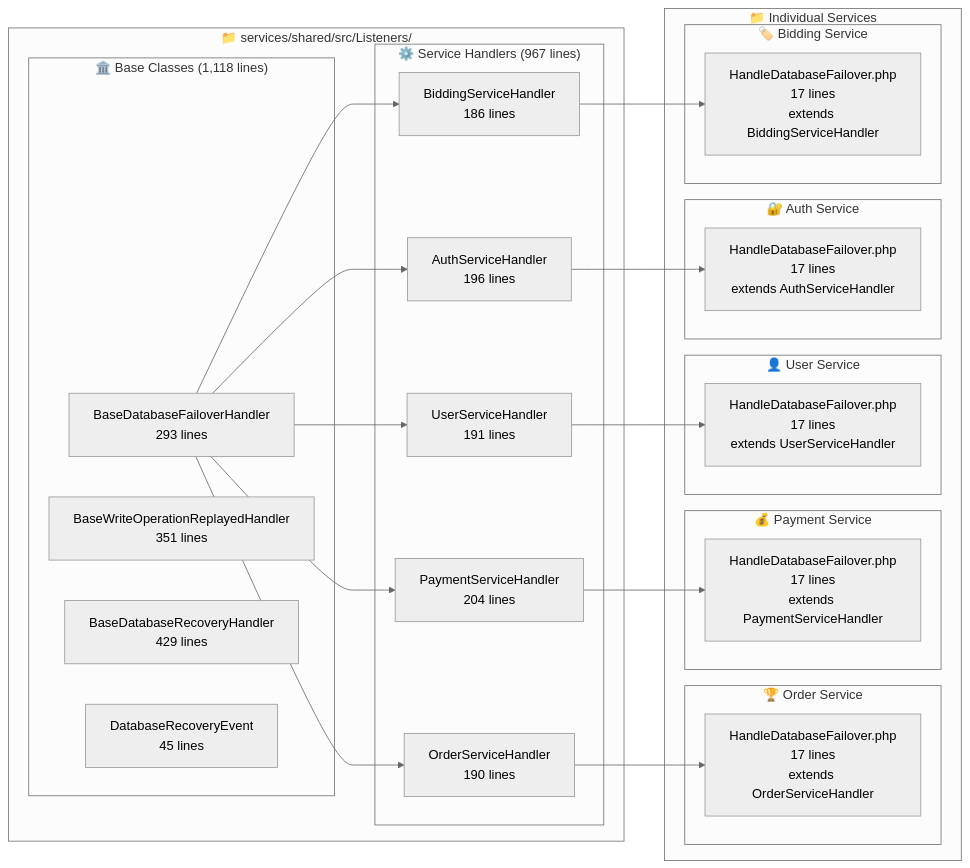
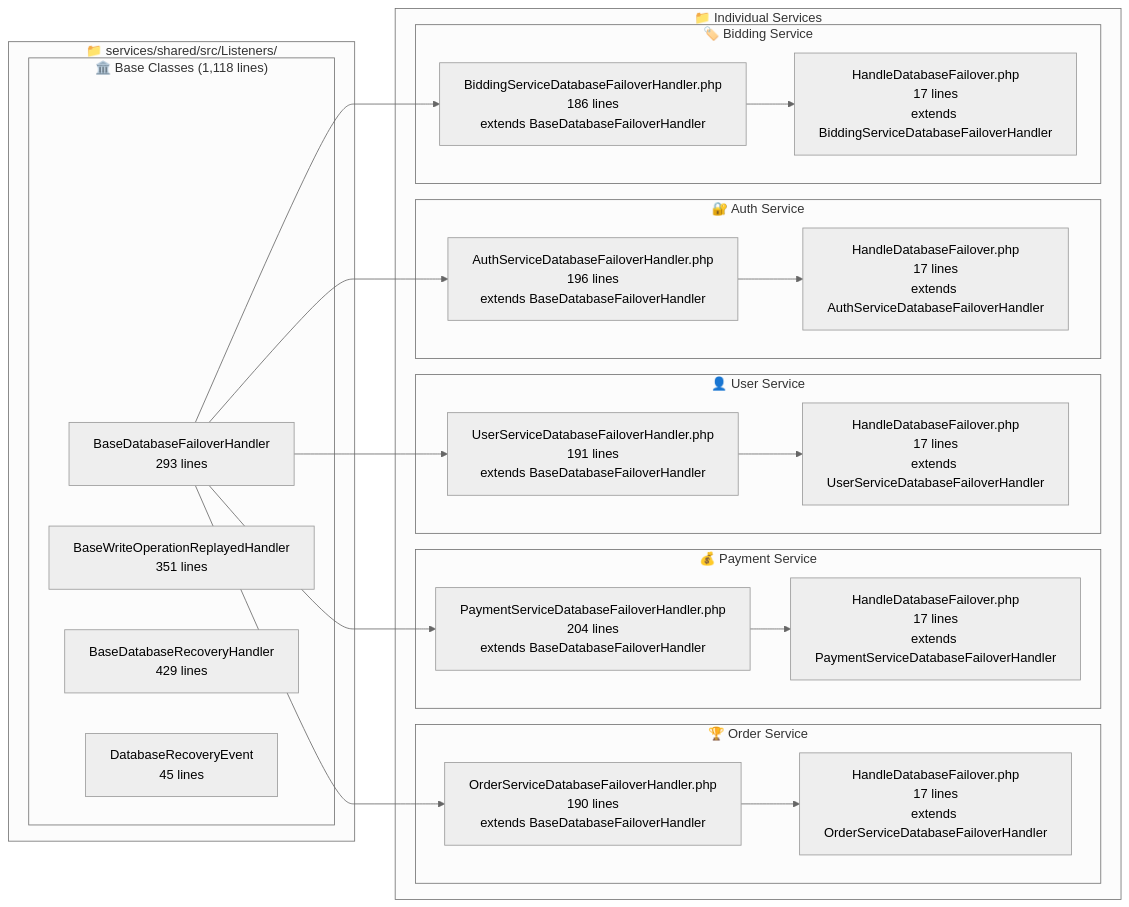
The fourth of 8 diagrams in docs/diagrams/database-failover-architecture.md (abdoElHodaky/larvrevrstender), drawn with Mermaid (neutral theme) before and after one commit. The commit also changed 13 other files, not shown here.

````diff
--- a/docs/diagrams/database-failover-architecture.md
+++ b/docs/diagrams/database-failover-architecture.md
@@ -136,53 +136,50 @@
 ```mermaid
 graph LR
     subgraph "📁 services/shared/src/Listeners/"
         subgraph "🏛️ Base Classes (1,118 lines)"
             BFH[BaseDatabaseFailoverHandler<br/>293 lines]
             BWH[BaseWriteOperationReplayedHandler<br/>351 lines]
             BRH[BaseDatabaseRecoveryHandler<br/>429 lines]
             DRE[DatabaseRecoveryEvent<br/>45 lines]
         end
-        
-        subgraph "⚙️ Service Handlers (967 lines)"
-            OSH[OrderServiceHandler<br/>190 lines]
-            PSH[PaymentServiceHandler<br/>204 lines]
-            USH[UserServiceHandler<br/>191 lines]
-            ASH[AuthServiceHandler<br/>196 lines]
-            BSH[BiddingServiceHandler<br/>186 lines]
-        end
     end
     
     subgraph "📁 Individual Services"
         subgraph "🏆 Order Service"
-            OSL[HandleDatabaseFailover.php<br/>17 lines<br/>extends OrderServiceHandler]
+            OSL[OrderServiceDatabaseFailoverHandler.php<br/>190 lines<br/>extends BaseDatabaseFailoverHandler]
+            OSL2[HandleDatabaseFailover.php<br/>17 lines<br/>extends OrderServiceDatabaseFailoverHandler]
         end
         
         subgraph "💰 Payment Service"
-            PSL[HandleDatabaseFailover.php<br/>17 lines<br/>extends PaymentServiceHandler]
+            PSL[PaymentServiceDatabaseFailoverHandler.php<br/>204 lines<br/>extends BaseDatabaseFailoverHandler]
+            PSL2[HandleDatabaseFailover.php<br/>17 lines<br/>extends PaymentServiceDatabaseFailoverHandler]
         end
         
         subgraph "👤 User Service"
-            USL[HandleDatabaseFailover.php<br/>17 lines<br/>extends UserServiceHandler]
+            USL[UserServiceDatabaseFailoverHandler.php<br/>191 lines<br/>extends BaseDatabaseFailoverHandler]
+            USL2[HandleDatabaseFailover.php<br/>17 lines<br/>extends UserServiceDatabaseFailoverHandler]
         end
         
         subgraph "🔐 Auth Service"
-            ASL[HandleDatabaseFailover.php<br/>17 lines<br/>extends AuthServiceHandler]
+            ASL[AuthServiceDatabaseFailoverHandler.php<br/>196 lines<br/>extends BaseDatabaseFailoverHandler]
+            ASL2[HandleDatabaseFailover.php<br/>17 lines<br/>extends AuthServiceDatabaseFailoverHandler]
         end
         
         subgraph "🏷️ Bidding Service"
-            BSL[HandleDatabaseFailover.php<br/>17 lines<br/>extends BiddingServiceHandler]
+            BSL[BiddingServiceDatabaseFailoverHandler.php<br/>186 lines<br/>extends BaseDatabaseFailoverHandler]
+            BSL2[HandleDatabaseFailover.php<br/>17 lines<br/>extends BiddingServiceDatabaseFailoverHandler]
         end
     end
     
-    OSH --> OSL
-    PSH --> PSL
-    USH --> USL
-    ASH --> ASL
-    BSH --> BSL
+    BFH --> OSL
+    BFH --> PSL
+    BFH --> USL
+    BFH --> ASL
+    BFH --> BSL
     
-    BFH --> OSH
-    BFH --> PSH
-    BFH --> USH
-    BFH --> ASH
-    BFH --> BSH
+    OSL --> OSL2
+    PSL --> PSL2
+    USL --> USL2
+    ASL --> ASL2
+    BSL --> BSL2
 ```
````
